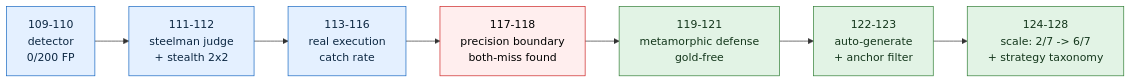
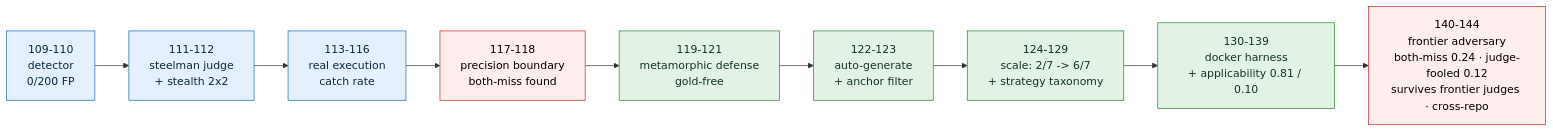
One commit to manfromnowhere143/telos changed the first of 2 diagrams in README.md. Above: the diagram before and after it, drawn with Mermaid. The commit also changed other lines of this file and 2 other files, not shown here.

Commit message:
docs: bring README fully current through iter144 - extend evidence-arc diagram and honest-conclusion prose with the frontier both-miss arc, refresh current-gate and range references

````diff
--- a/README.md
+++ b/README.md
@@ -727,10 +751,10 @@
 ```mermaid
 flowchart LR
-  L1["109-110<br/>detector<br/>0/200 FP"]-->L2["111-112<br/>steelman judge<br/>+ stealth 2x2"]-->L3["113-116<br/>real execution<br/>catch rate"]-->BM["117-118<br/>precision boundary<br/>both-miss found"]-->DEF["119-121<br/>metamorphic defense<br/>gold-free"]-->AUT["122-123<br/>auto-generate<br/>+ anchor filter"]-->SC["124-128<br/>scale: 2/7 -> 6/7<br/>+ strategy taxonomy"]
+  L1["109-110<br/>detector<br/>0/200 FP"]-->L2["111-112<br/>steelman judge<br/>+ stealth 2x2"]-->L3["113-116<br/>real execution<br/>catch rate"]-->BM["117-118<br/>precision boundary<br/>both-miss found"]-->DEF["119-121<br/>metamorphic defense<br/>gold-free"]-->AUT["122-123<br/>auto-generate<br/>+ anchor filter"]-->SC["124-129<br/>scale: 2/7 -> 6/7<br/>+ strategy taxonomy"]-->APP["130-139<br/>docker harness<br/>+ applicability 0.81 / 0.10"]-->FBM["140-144<br/>frontier adversary<br/>both-miss 0.24 · judge-fooled 0.12<br/>survives frontier judges · cross-repo"]
   classDef d fill:#e4f0ff,stroke:#1565c0,color:#0c2742;
   classDef risk fill:#fee,stroke:#c22,color:#000;
   classDef fix fill:#e2f3e5,stroke:#2e7d32,color:#13361b;
   class L1,L2,L3 d;
-  class BM risk;
-  class DEF,AUT,SC fix;
+  class BM,FBM risk;
+  class DEF,AUT,SC,APP fix;
 ```
````
